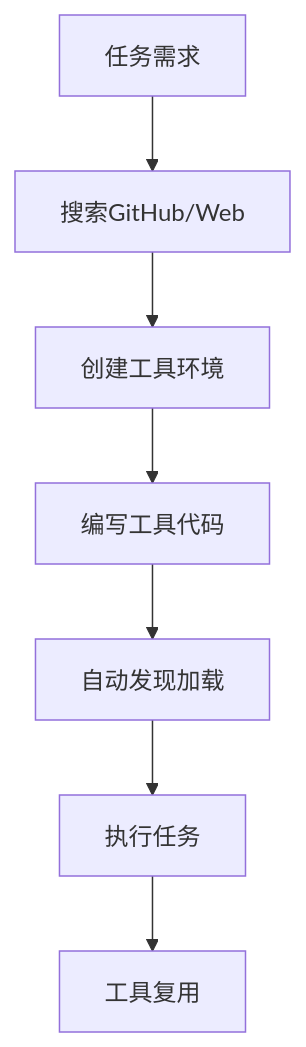
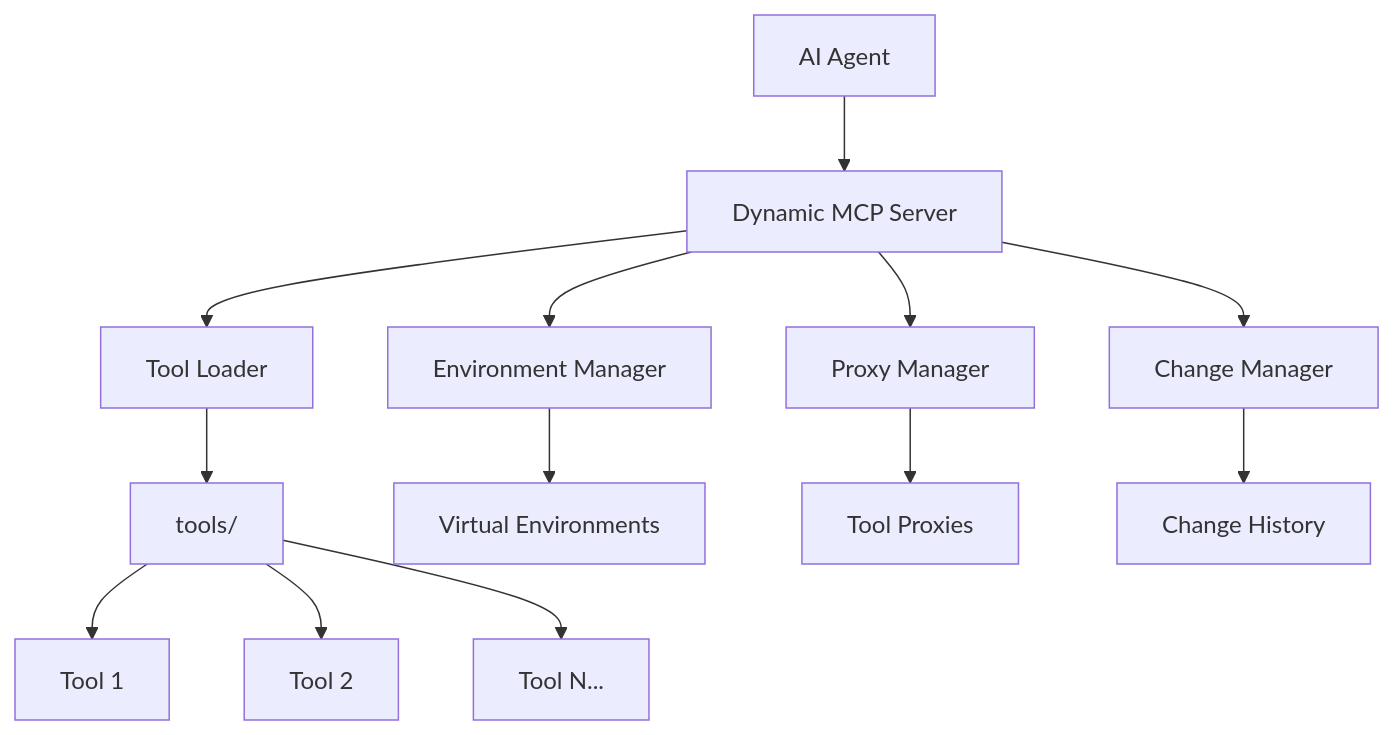
Before and after one commit to Xuwznln/AgentByAgent: the diagram in README.md, drawn with Mermaid. The commit also changed other lines of this file and 6 other files, not shown here.

````diff
--- a/README.md
+++ b/README.md
@@ -225,9 +27,17 @@
 ```mermaid
-graph TD
-    A[任务需求] --> B[搜索GitHub/Web]
-    B --> C[创建工具环境]
-    C --> D[编写工具代码]
-    D --> E[自动发现加载]
-    E --> F[执行任务]
-    F --> G[工具复用]
+graph TB
+    A[AI Agent] --> B[Dynamic MCP Server]
+    B --> C[Tool Loader]
+    B --> D[Environment Manager]
+    B --> E[Proxy Manager]
+    B --> F[Change Manager]
+    
+    C --> G[tools/]
+    D --> H[Virtual Environments]
+    E --> I[Tool Proxies]
+    F --> J[Change History]
+    
+    G --> K[Tool 1]
+    G --> L[Tool 2]
+    G --> M[Tool N...]
 ```
````
